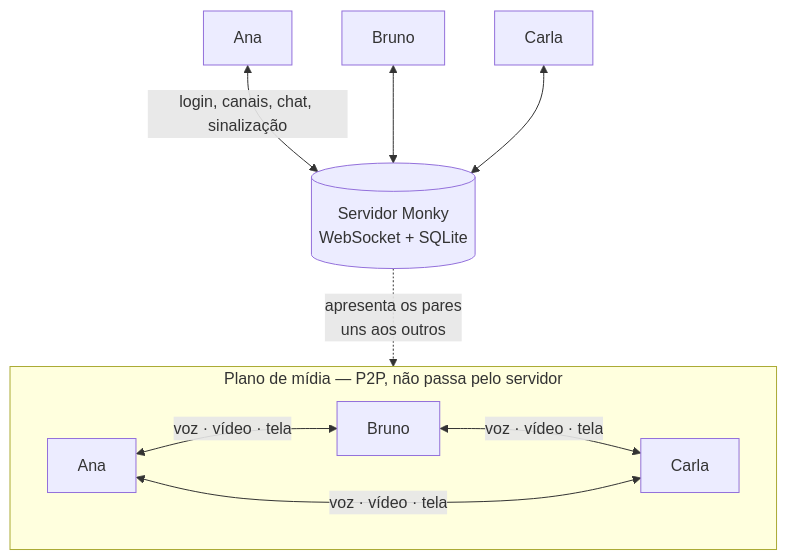
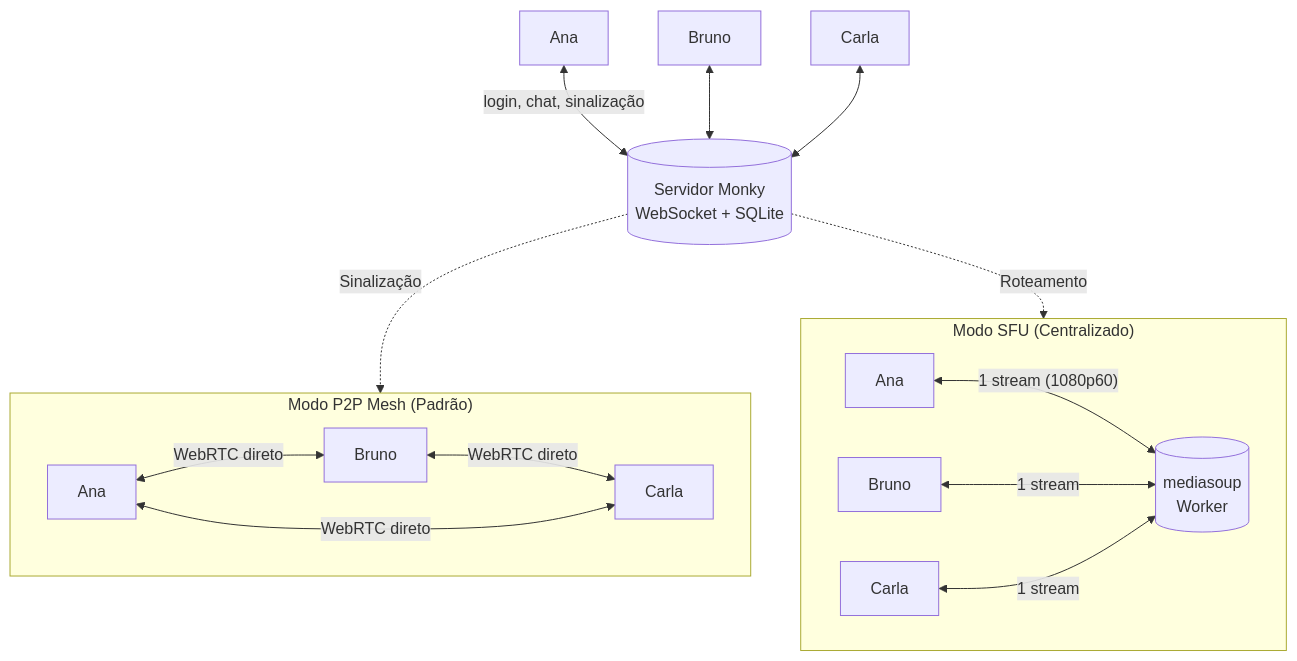
The diagram in README.md (MiniVoiceOrg/Mini_Voice), drawn with Mermaid before and after one commit. The commit also changed other lines of this file and 8 other files, not shown here.

````diff
--- a/README.md
+++ b/README.md
@@ -57,16 +57,24 @@
 ```mermaid
 flowchart TB
-    subgraph MP["Plano de mídia — P2P, não passa pelo servidor"]
+    subgraph P2P["Modo P2P Mesh (Padrão)"]
         direction LR
-        A2["Ana"] <-->|"voz · vídeo · tela"| B2["Bruno"]
-        B2 <-->|"voz · vídeo · tela"| C2["Carla"]
-        A2 <-->|"voz · vídeo · tela"| C2
+        A1["Ana"] <-->|"WebRTC direto"| B1["Bruno"]
+        B1 <-->|"WebRTC direto"| C1["Carla"]
+        A1 <-->|"WebRTC direto"| C1
+    end
+
+    subgraph SFU["Modo SFU (Centralizado)"]
+        direction LR
+        A2["Ana"] <-->|"1 stream (1080p60)"| MS[("mediasoup<br/>Worker")]
+        B2["Bruno"] <-->|"1 stream"| MS
+        C2["Carla"] <-->|"1 stream"| MS
     end
 
     S[("Servidor Monky<br/>WebSocket + SQLite")]
-    A["Ana"] <-->|"login, canais, chat, sinalização"| S
+    A["Ana"] <-->|"login, chat, sinalização"| S
     B["Bruno"] <--> S
     C["Carla"] <--> S
 
-    S -.->|"apresenta os pares<br/>uns aos outros"| MP
+    S -.->|"Sinalização"| P2P
+    S -.->|"Roteamento"| SFU
 ```
````
